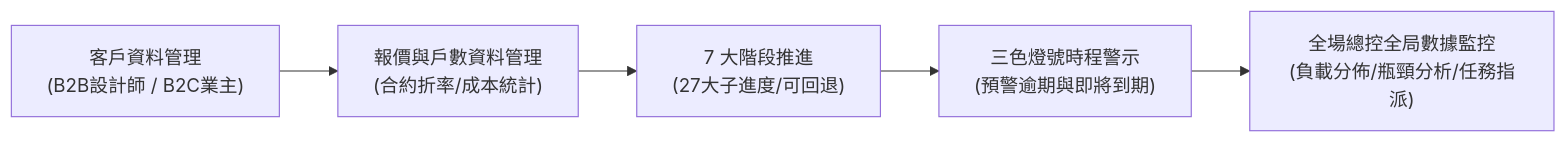
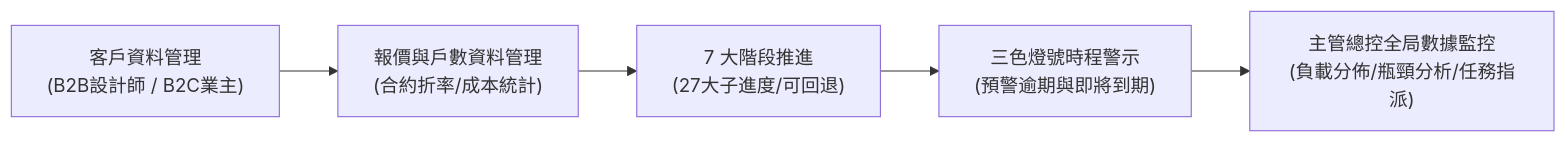
One commit to rwcabinet-lab/RW_CabSalesProject changed the diagram in docs/平台介紹_向總公司主管簡報報告.md. Above: the diagram before and after it, drawn with Mermaid. The commit also changed other lines of this file and 16 other files, not shown here.

````diff
--- a/docs/平台介紹_向總公司主管簡報報告.md
+++ b/docs/平台介紹_向總公司主管簡報報告.md
@@ -31,7 +31,7 @@
 ```mermaid
 flowchart LR
     A["客戶資料管理<br/>(B2B設計師 / B2C業主)"] --> B["報價與戶數資料管理<br/>(合約折率/成本統計)"]
     B --> C["7 大階段推進<br/>(27大子進度/可回退)"]
     C --> D["三色燈號時程警示<br/>(預警逾期與即將到期)"]
-    D --> E["全場總控全局數據監控<br/>(負載分佈/瓶頸分析/任務指派)"]
+    D --> E["主管總控全局數據監控<br/>(負載分佈/瓶頸分析/任務指派)"]
 ```
````
